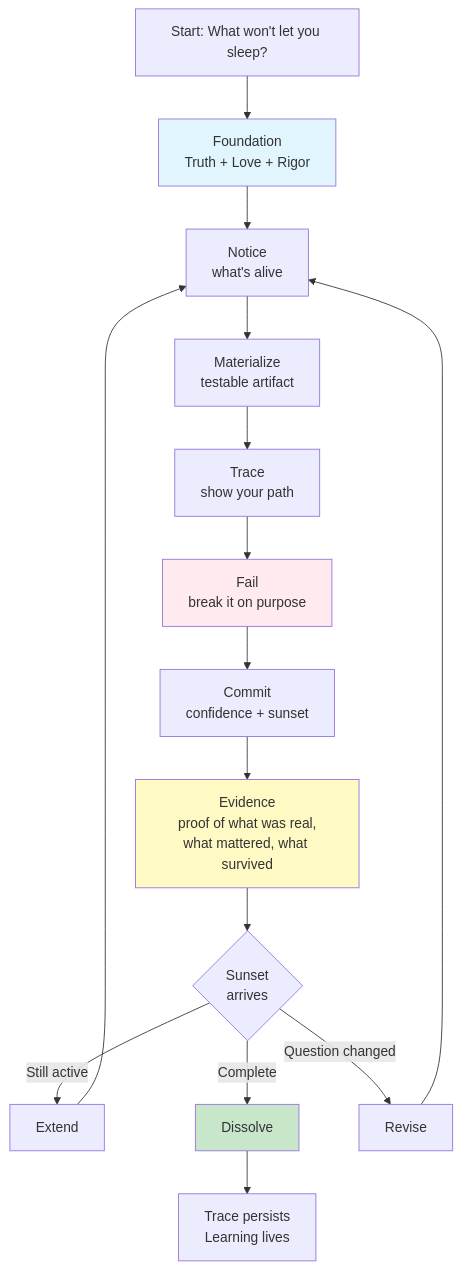
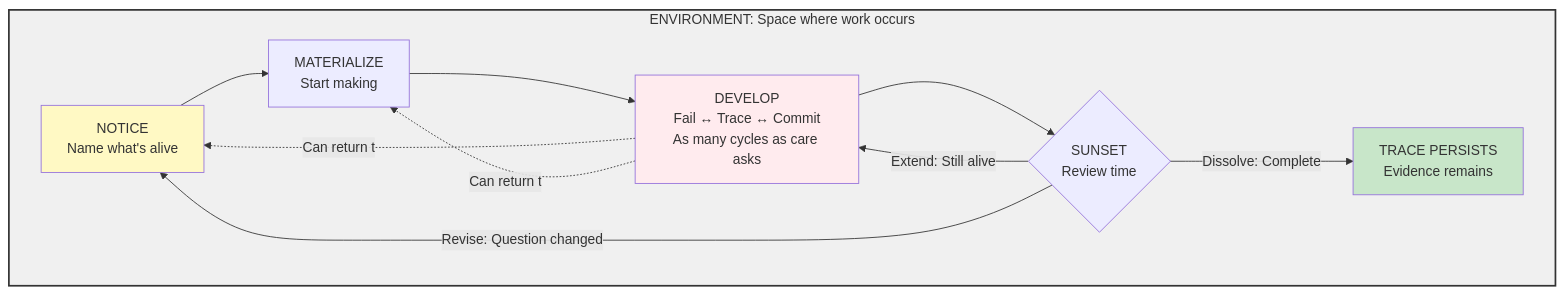
The first of 6 diagrams in LRP_Visual_Guide.md (NoEndsNoGains/living-research-protocol), drawn with Mermaid before and after one commit. The commit also changed other lines of this file, not shown here.

````diff
--- a/LRP_Visual_Guide.md
+++ b/LRP_Visual_Guide.md
@@ -10,27 +12,25 @@
 ```mermaid
 graph TB
-    Start[Start: What won't let you sleep?] --> Foundation
+    subgraph Environment[ENVIRONMENT: Space where work occurs]
+        Notice[NOTICE<br/>Name what's alive]
+        Materialize[MATERIALIZE<br/>Start making]
+        Develop[DEVELOP<br/>Fail ↔ Trace ↔ Commit<br/>As many cycles as care asks]
+        Sunset{SUNSET<br/>Review time}
+        
+        Notice --> Materialize
+        Materialize --> Develop
+        Develop --> Sunset
+        
+        Sunset -->|Extend: Still alive| Develop
+        Sunset -->|Revise: Question changed| Notice
+        Sunset -->|Dissolve: Complete| End[TRACE PERSISTS<br/>Evidence remains]
+        
+        Develop -.Can return to.-> Notice
+        Develop -.Can return to.-> Materialize
+    end
     
-    Foundation[Foundation<br/>Truth + Love + Rigor] --> Notice
-    
-    Notice[Notice<br/>what's alive] --> Materialize[Materialize<br/>testable artifact]
-    Materialize --> Trace[Trace<br/>show your path]
-    Trace --> Fail[Fail<br/>break it on purpose]
-    Fail --> Commit[Commit<br/>confidence + sunset]
-    Commit --> Evidence[Evidence<br/>proof of what was real,<br/>what mattered, what survived]
-    
-    Evidence --> Sunset{Sunset<br/>arrives}
-    
-    Sunset -->|Still active| Extend[Extend]
-    Sunset -->|Complete| Dissolve[Dissolve]
-    Sunset -->|Question changed| Revise[Revise]
-    
-    Extend --> Notice
-    Revise --> Notice
-    Dissolve --> End[Trace persists<br/>Learning lives]
-    
-    style Foundation fill:#e1f5ff
-    style Fail fill:#ffebee
-    style Evidence fill:#fff9c4
-    style Dissolve fill:#c8e6c9
+    style Develop fill:#ffebee
+    style End fill:#c8e6c9
+    style Notice fill:#fff9c4
+    style Environment fill:#f0f0f0,stroke:#333,stroke-width:2px
 ```
````
